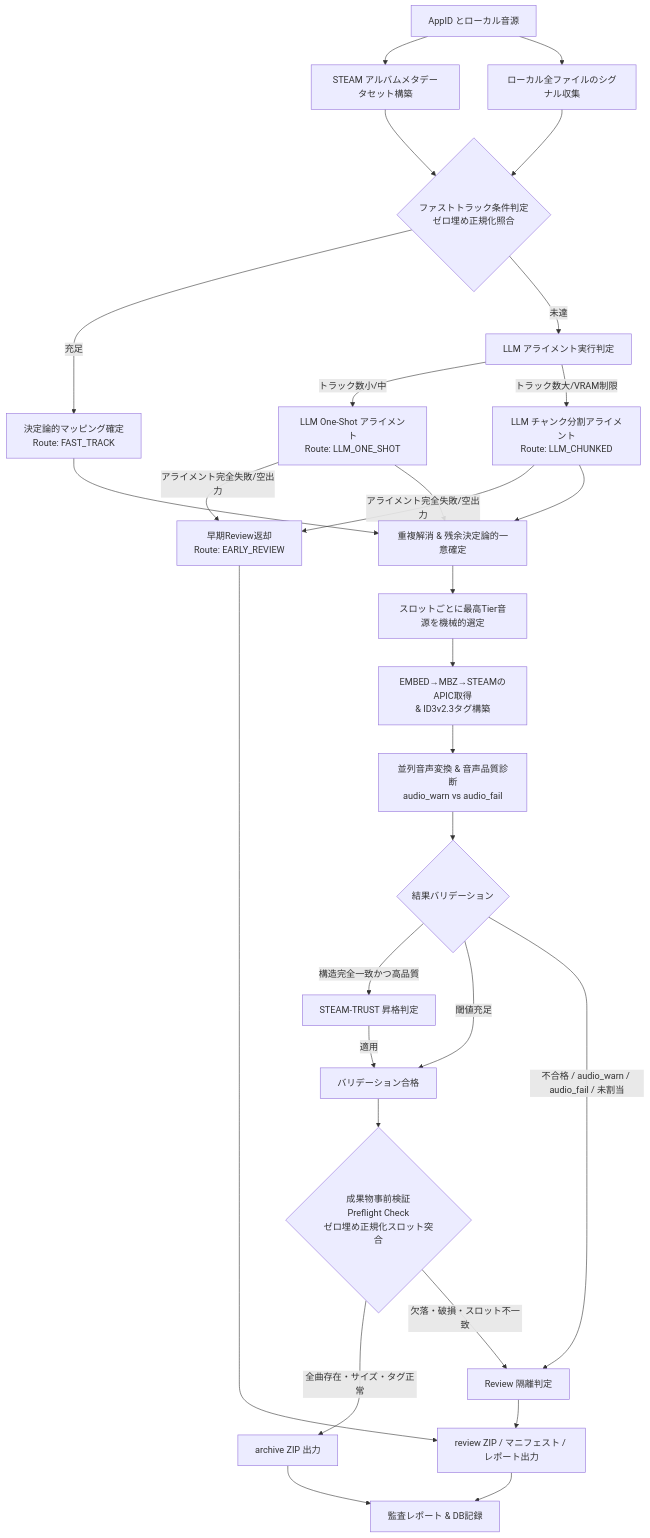
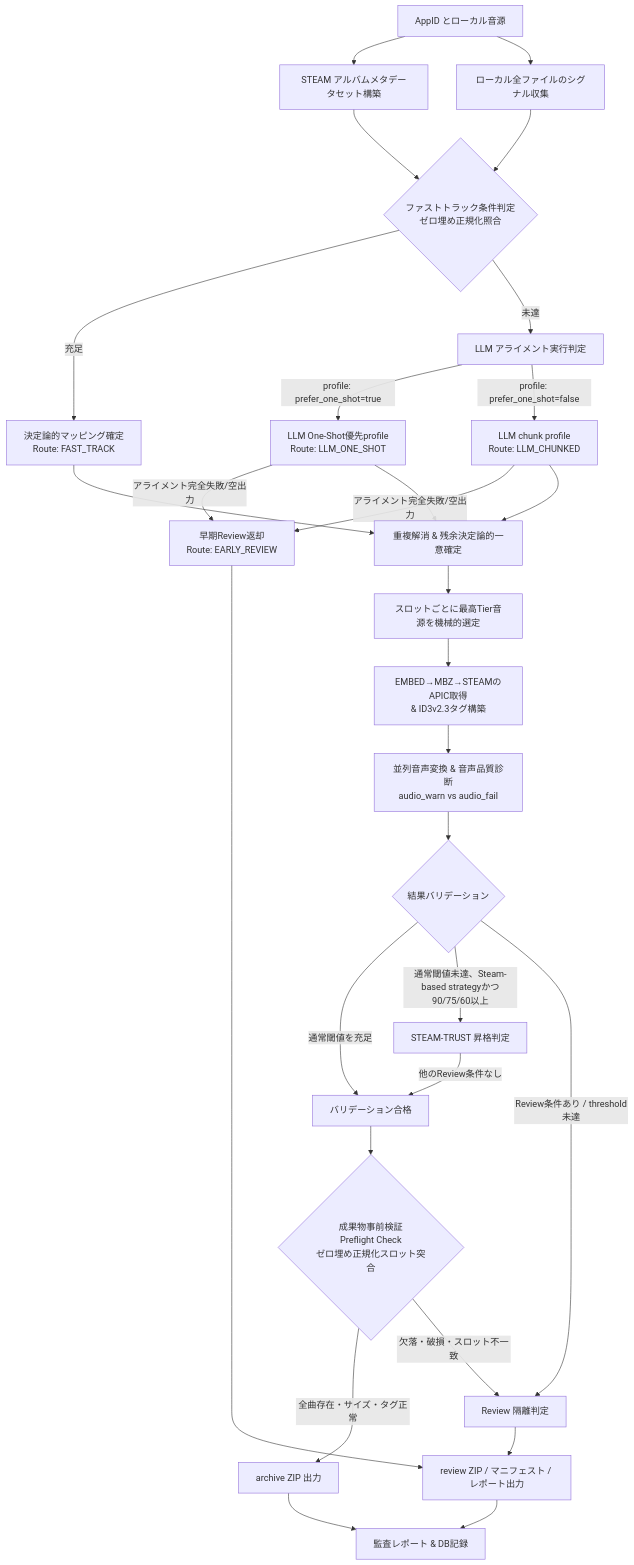
The first of 3 diagrams in docs/data_flow_diagram.md (dEAdbEEF314/S.S.T), drawn with Mermaid before and after one commit. The commit also changed other lines of this file and 74 other files, not shown here.

````diff
--- a/docs/data_flow_diagram.md
+++ b/docs/data_flow_diagram.md
@@ -5,45 +5,45 @@
 ```mermaid
 flowchart TD
     A[AppID とローカル音源] --> B[STEAM アルバムメタデータセット構築]
     A --> C[ローカル全ファイルのシグナル収集]
     B --> D{ファストトラック条件判定<br/>ゼロ埋め正規化照合}
     C --> D
     
     %% Route 1: FAST_TRACK
     D -->|充足| E1[決定論的マッピング確定<br/>Route: FAST_TRACK]
     
     %% LLM Routes
     D -->|未達| F[LLM アライメント実行判定]
-    F -->|トラック数小/中| E2[LLM One-Shot アライメント<br/>Route: LLM_ONE_SHOT]
-    F -->|トラック数大/VRAM制限| E3[LLM チャンク分割アライメント<br/>Route: LLM_CHUNKED]
+    F -->|profile: prefer_one_shot=true| E2[LLM One-Shot優先profile<br/>Route: LLM_ONE_SHOT]
+    F -->|profile: prefer_one_shot=false| E3[LLM chunk profile<br/>Route: LLM_CHUNKED]
     
     %% Early Review
     E2 -->|アライメント完全失敗/空出力| ER[早期Review返却<br/>Route: EARLY_REVIEW]
     E3 -->|アライメント完全失敗/空出力| ER
     
     %% Post Alignment
     E1 --> G[重複解消 & 残余決定論的一意確定]
     E2 --> G
     E3 --> G
     
     G --> H[スロットごとに最高Tier音源を機械的選定]
     H --> I[EMBED→MBZ→STEAMのAPIC取得<br/>& ID3v2.3タグ構築]
     I --> J[並列音声変換 & 音声品質診断<br/>audio_warn vs audio_fail]
     
     %% Validation & STEAM-TRUST
     J --> K{結果バリデーション}
-    K -->|構造完全一致かつ高品質| ST[STEAM-TRUST 昇格判定]
-    K -->|閾値充足| V_OK[バリデーション合格]
-    ST -->|適用| V_OK
-    K -->|不合格 / audio_warn / audio_fail / 未割当| REV[Review 隔離判定]
+    K -->|通常閾値を充足| V_OK[バリデーション合格]
+    K -->|通常閾値未達、Steam-based strategyかつ90/75/60以上| ST[STEAM-TRUST 昇格判定]
+    ST -->|他のReview条件なし| V_OK
+    K -->|Review条件あり / threshold未達| REV[Review 隔離判定]
     
     %% Preflight Check
     V_OK --> PF{成果物事前検証<br/>Preflight Check<br/>ゼロ埋め正規化スロット突合}
     PF -->|全曲存在・サイズ・タグ正常| ARCH[archive ZIP 出力]
     PF -->|欠落・破損・スロット不一致| REV
     
     ER --> REV_OUT[review ZIP / マニフェスト / レポート出力]
     REV --> REV_OUT
     ARCH --> REP[監査レポート & DB記録]
     REV_OUT --> REP
 ```
````
